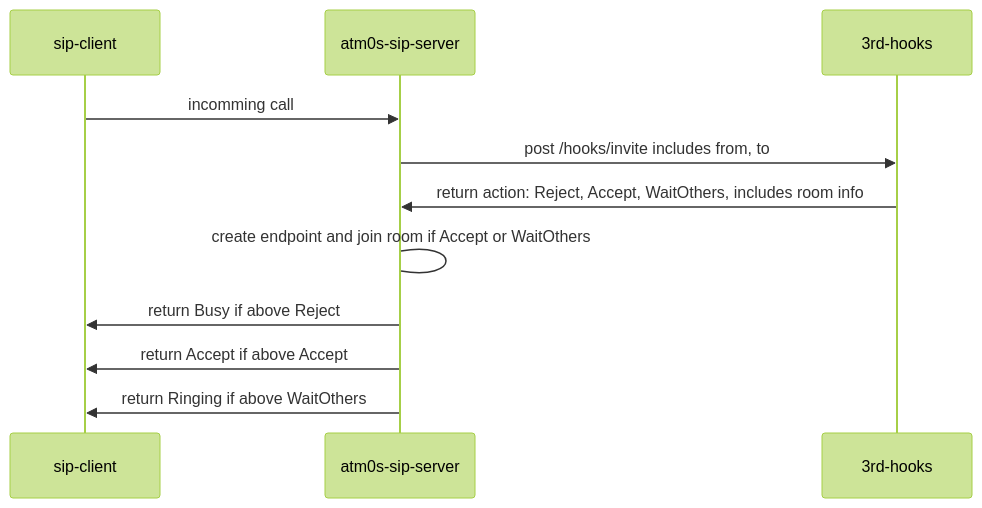
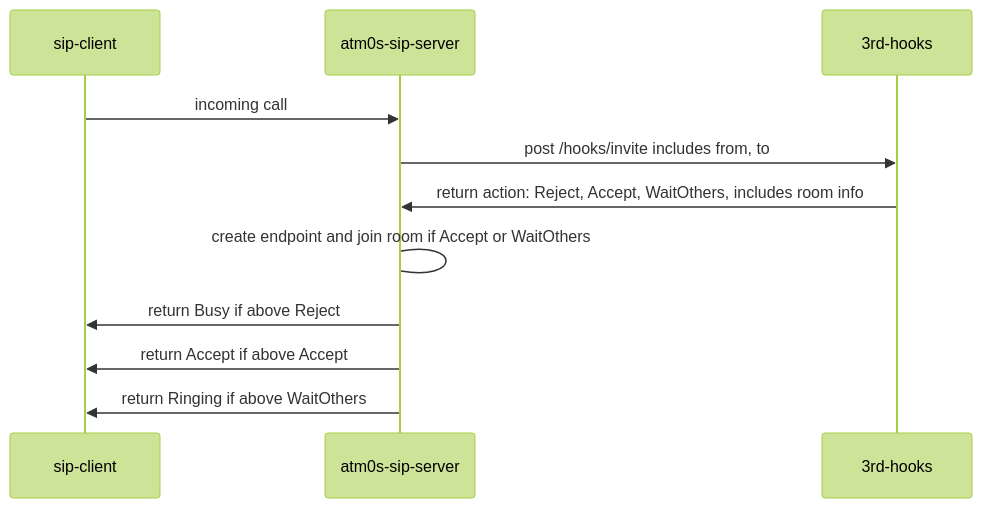
One commit to 8xFF/atm0s-media-server changed the second of 3 diagrams in docs/contributor-guide/transports/sip.md. Above: the diagram before and after it, drawn with Mermaid (forest theme). The commit also changed other lines of this file and 27 other files, not shown here.

````diff
--- a/docs/contributor-guide/transports/sip.md
+++ b/docs/contributor-guide/transports/sip.md
@@ -64,13 +64,13 @@
 ```mermaid
 sequenceDiagram
     participant sip-client
     participant atm0s-sip-server
     participant 3rd-hooks
-    sip-client->>atm0s-sip-server: incomming call
+    sip-client->>atm0s-sip-server: incoming call
     atm0s-sip-server ->> 3rd-hooks: post /hooks/invite includes from, to
     3rd-hooks ->> atm0s-sip-server: return action: Reject, Accept, WaitOthers, includes room info
     atm0s-sip-server->atm0s-sip-server: create endpoint and join room if Accept or WaitOthers
     atm0s-sip-server ->> sip-client: return Busy if above Reject
     atm0s-sip-server ->> sip-client: return Accept if above Accept
     atm0s-sip-server ->> sip-client: return Ringing if above WaitOthers
 ```
````
